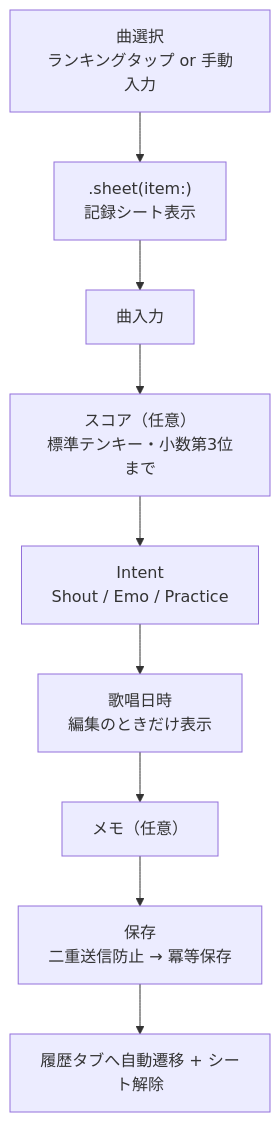
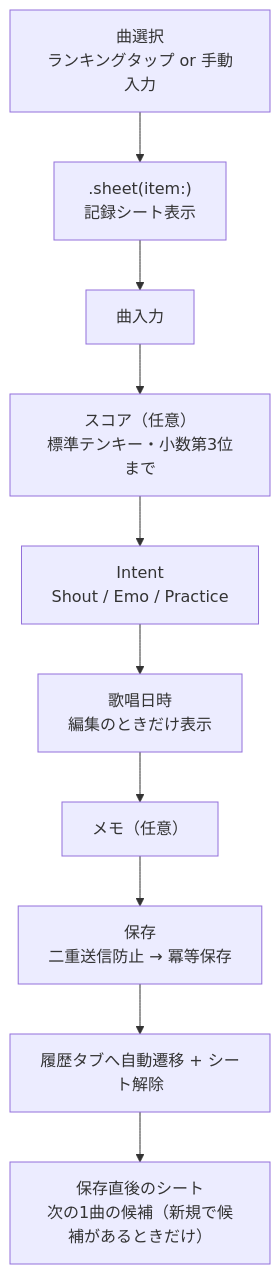
Before and after one commit to omomi-moti/Karaoke_support: the fourth of 4 diagrams in docs/architecture.md, drawn with Mermaid. The commit also changed other lines of this file and 41 other files, not shown here.

````diff
--- a/docs/architecture.md
+++ b/docs/architecture.md
@@ -157,11 +157,12 @@
 ```mermaid
 flowchart TD
     A["曲選択<br>ランキングタップ or 手動入力"] --> B[".sheet(item:)<br>記録シート表示"]
     B --> C["曲入力"]
     C --> D["スコア（任意）<br>標準テンキー・小数第3位まで"]
     D --> E["Intent<br>Shout / Emo / Practice"]
     E --> F["歌唱日時<br>編集のときだけ表示"]
     F --> G["メモ（任意）"]
     G --> H["保存<br>二重送信防止 → 冪等保存"]
     H --> I["履歴タブへ自動遷移 + シート解除"]
+    I --> J["保存直後のシート<br>次の1曲の候補（新規で候補があるときだけ）"]
 ```
````
